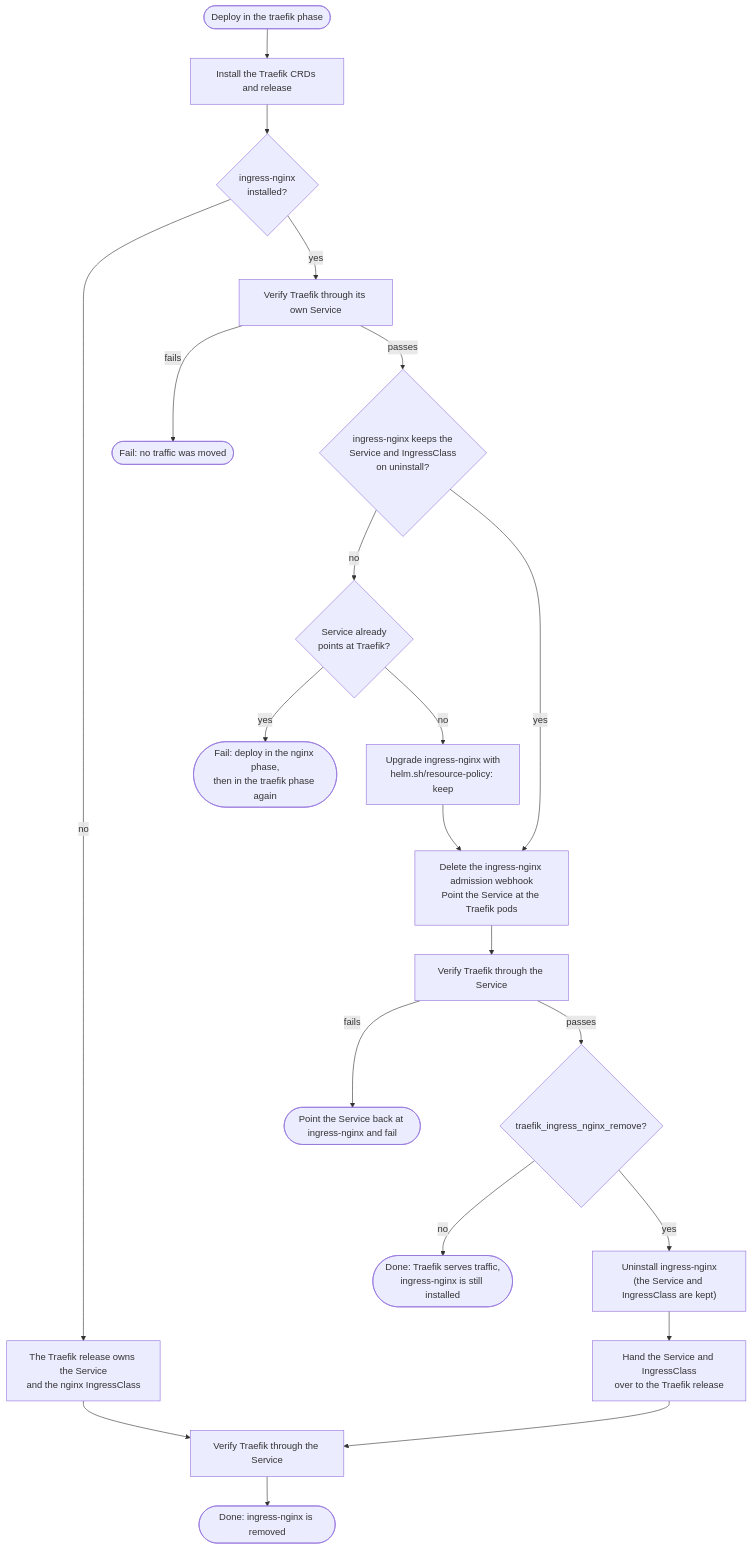
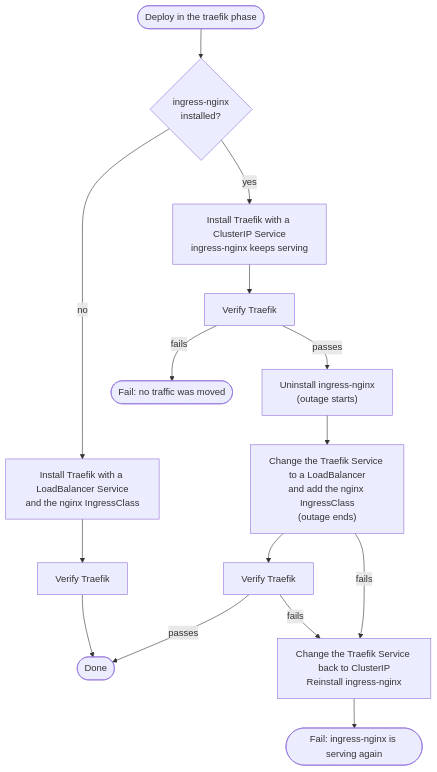
One commit to azimuth-cloud/ansible-collection-azimuth-ops changed the diagram in docs/traefik-migration.md. Above: the diagram before and after it, drawn with Mermaid. The commit also changed other lines of this file and 9 other files, not shown here.

````diff
--- a/docs/traefik-migration.md
+++ b/docs/traefik-migration.md
@@ -31,28 +32,19 @@
 ```mermaid
 flowchart TD
-    start([Deploy in the traefik phase]) --> install["Install the Traefik CRDs and release"]
-    install --> installed{ingress-nginx<br/>installed?}
+    start([Deploy in the traefik phase]) --> installed{ingress-nginx<br/>installed?}
 
-    installed -- no --> owned["The Traefik release owns the Service<br/>and the nginx IngressClass"]
-    owned --> verify["Verify Traefik through the Service"]
+    installed -- no --> serving["Install Traefik with a LoadBalancer Service<br/>and the nginx IngressClass"]
+    serving --> verify["Verify Traefik"]
+    verify --> done([Done])
 
-    installed -- yes --> verifyBefore["Verify Traefik through its own Service"]
+    installed -- yes --> parallel["Install Traefik with a ClusterIP Service<br/>ingress-nginx keeps serving"]
+    parallel --> verifyBefore["Verify Traefik"]
     verifyBefore -- fails --> failBefore([Fail: no traffic was moved])
-    verifyBefore -- passes --> kept{"ingress-nginx keeps the<br/>Service and IngressClass<br/>on uninstall?"}
-
-    kept -- no --> pointed{"Service already<br/>points at Traefik?"}
-    pointed -- yes --> failKeep(["Fail: deploy in the nginx phase,<br/>then in the traefik phase again"])
-    pointed -- no --> keep["Upgrade ingress-nginx with<br/>helm.sh/resource-policy: keep"]
-    keep --> cutover
-    kept -- yes --> cutover["Delete the ingress-nginx admission webhook<br/>Point the Service at the Traefik pods"]
-
-    cutover --> verifyAfter["Verify Traefik through the Service"]
-    verifyAfter -- fails --> rollback(["Point the Service back at ingress-nginx and fail"])
-    verifyAfter -- passes --> remove{traefik_ingress_nginx_remove?}
-
-    remove -- no --> parallel(["Done: Traefik serves traffic,<br/>ingress-nginx is still installed"])
-    remove -- yes --> uninstall["Uninstall ingress-nginx<br/>(the Service and IngressClass are kept)"]
-    uninstall --> takeover["Hand the Service and IngressClass<br/>over to the Traefik release"]
-    takeover --> verify
-    verify --> done([Done: ingress-nginx is removed])
+    verifyBefore -- passes --> uninstall["Uninstall ingress-nginx<br/>(outage starts)"]
+    uninstall --> expose["Change the Traefik Service to a LoadBalancer<br/>and add the nginx IngressClass<br/>(outage ends)"]
+    expose --> verifyAfter["Verify Traefik"]
+    verifyAfter -- passes --> done
+    verifyAfter -- fails --> rollback["Change the Traefik Service back to ClusterIP<br/>Reinstall ingress-nginx"]
+    expose -- fails --> rollback
+    rollback --> failAfter([Fail: ingress-nginx is serving again])
 ```
````
